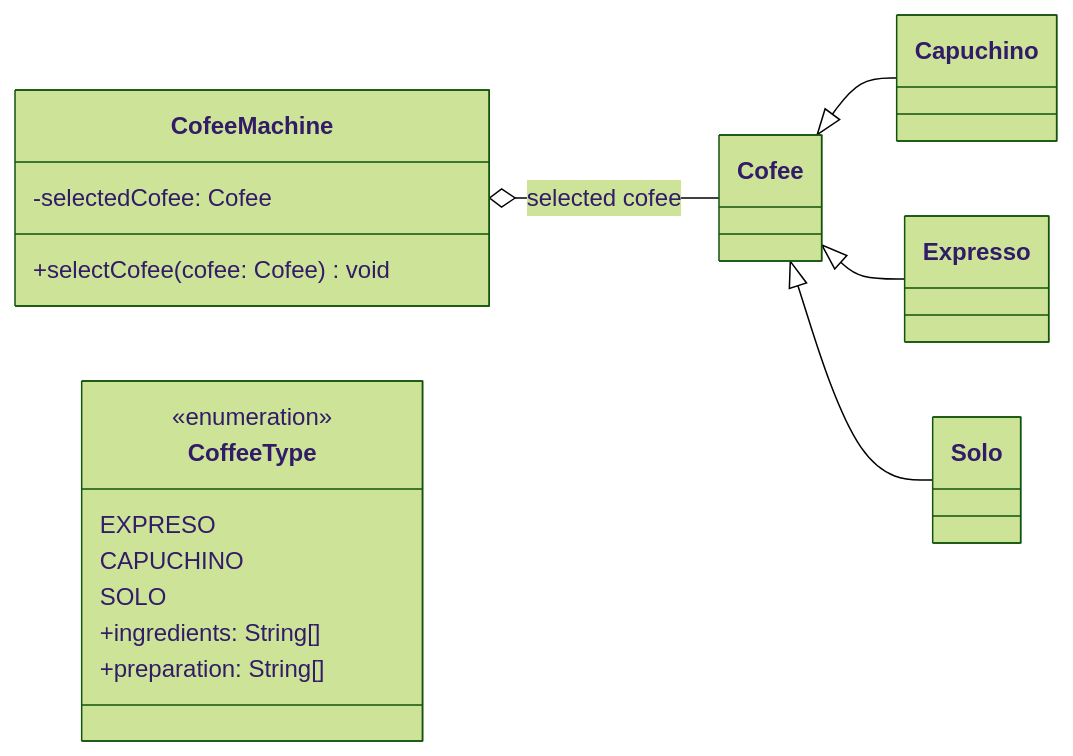
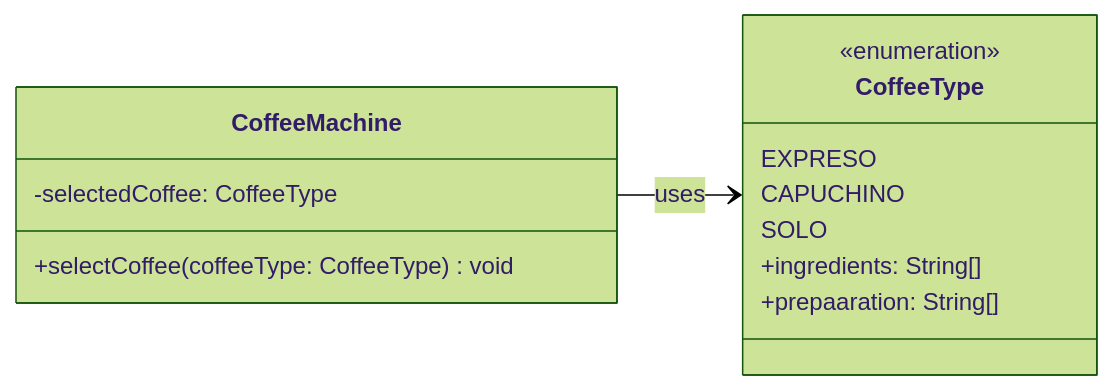
The third of 3 diagrams in README.md (anxovaz/maquina-cafe), drawn with Mermaid (forest theme) before and after one commit.

Commit message:
Manual merge fix-readme-mermaid -> main

````diff
--- a/README.md
+++ b/README.md
@@ -91,23 +91,20 @@
 ```mermaid
 classDiagram
     direction LR
 
-    class CofeeMachine {
-        -selectedCofee: Cofee
-        +selectCofee(cofee: Cofee) void
+    class CoffeeMachine {
+        -selectedCoffee: CoffeeType
+        +selectCoffee(coffeeType: CoffeeType) void
     }
 
     class CoffeeType {
         <<enumeration>>
         EXPRESO
         CAPUCHINO
         SOLO
         +ingredients: String[]
-        +preparation: String[]
+        +prepaaration: String[]
     }
 
-    CofeeMachine o-- Cofee : selected cofee
-    Cofee <|-- Capuchino
-    Cofee <|-- Expresso
-    Cofee <|-- Solo
+    CoffeeMachine --> CoffeeType : uses
 ```
````
